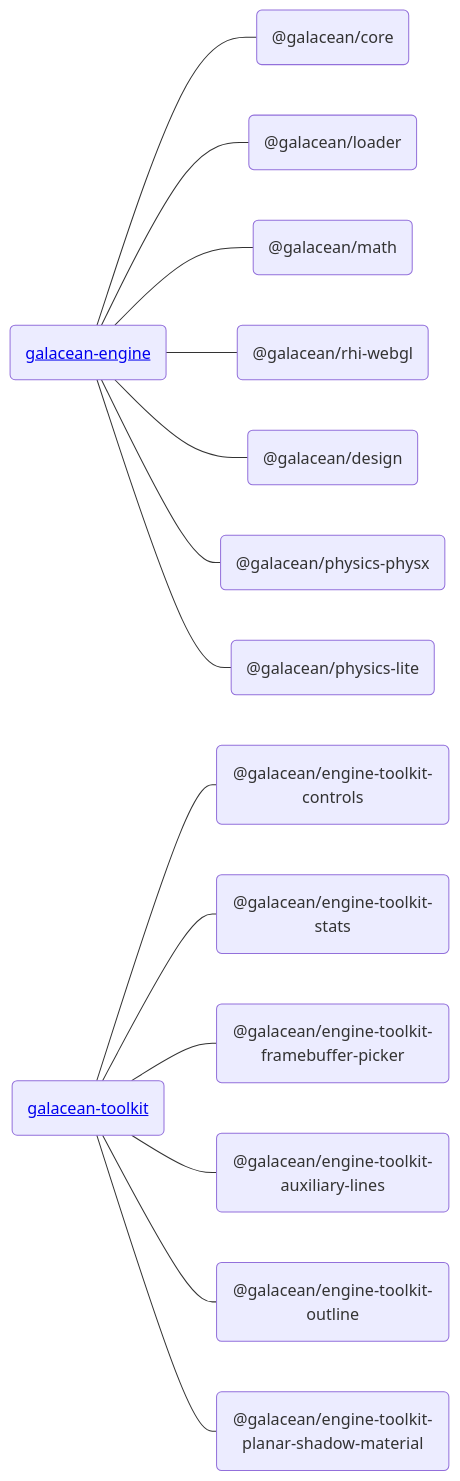
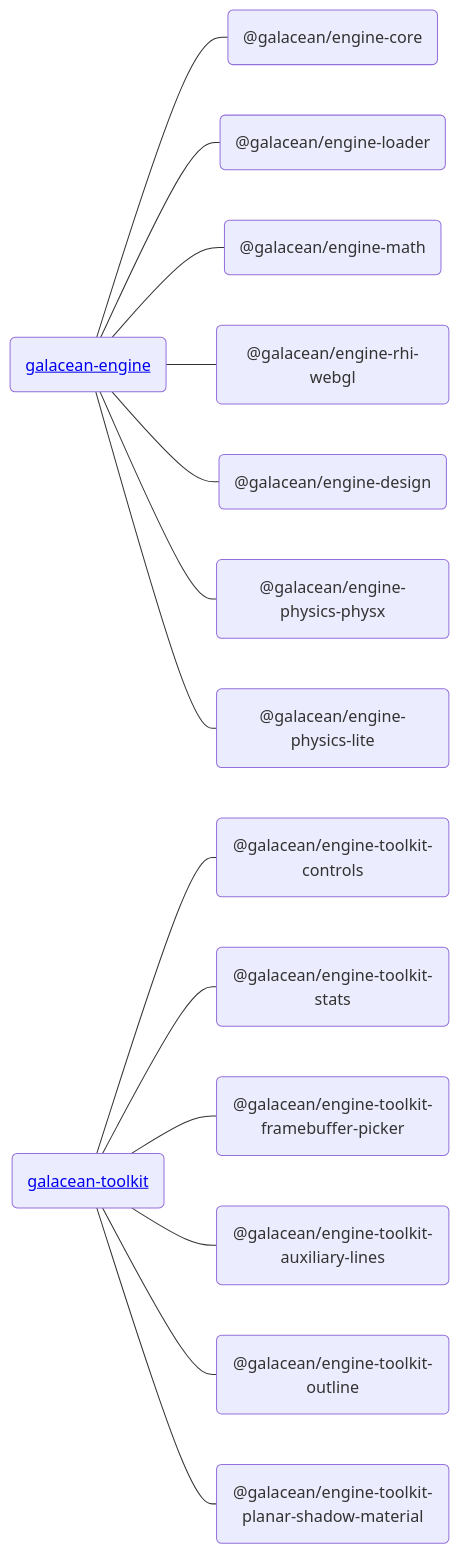
The diagram in docs/install.md (galacean/galacean.github.io), drawn with Mermaid before and after one commit. The commit also changed other lines of this file and 13 other files, not shown here.

````diff
--- a/docs/install.md
+++ b/docs/install.md
@@ -59,17 +59,17 @@
 ```mermaid
 flowchart LR
-   Engine(<a href='https://github.com/galacean/engine'>galacean-engine</a>) --- Core("@galacean/core")
-   Engine --- Loader("@galacean/loader")
-   Engine --- Math("@galacean/math")
-   Engine --- RHI("@galacean/rhi-webgl")
-   Engine --- Design("@galacean/design")
-   Engine --- PhysicsPhysx("@galacean/physics-physx")
-   Engine --- PhysicsLite("@galacean/physics-lite")
+   Engine(<a href='https://github.com/galacean/engine'>galacean-engine</a>) --- Core("@galacean/engine-core")
+   Engine --- Loader("@galacean/engine-loader")
+   Engine --- Math("@galacean/engine-math")
+   Engine --- RHI("@galacean/engine-rhi-webgl")
+   Engine --- Design("@galacean/engine-design")
+   Engine --- PhysicsPhysx("@galacean/engine-physics-physx")
+   Engine --- PhysicsLite("@galacean/engine-physics-lite")
 
    Toolkit(<a href='https://github.com/galacean/engine-toolkit'>galacean-toolkit</a>) --- Controls("@galacean/engine-toolkit-controls")
    Toolkit --- Stats("@galacean/engine-toolkit-stats")
    Toolkit --- FramebufferPicker("@galacean/engine-toolkit-framebuffer-picker")
    Toolkit --- AuxiliaryLines("@galacean/engine-toolkit-auxiliary-lines")
    Toolkit --- Outline("@galacean/engine-toolkit-outline")
    Toolkit --- PlanarShadowMaterial("@galacean/engine-toolkit-planar-shadow-material")
 ```
````
